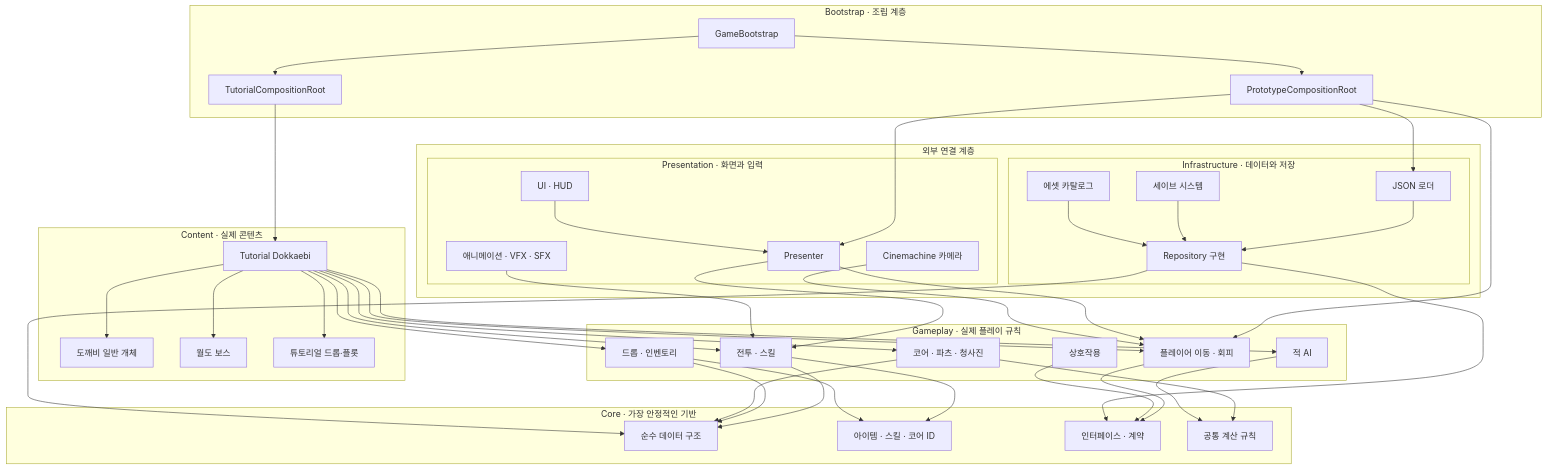
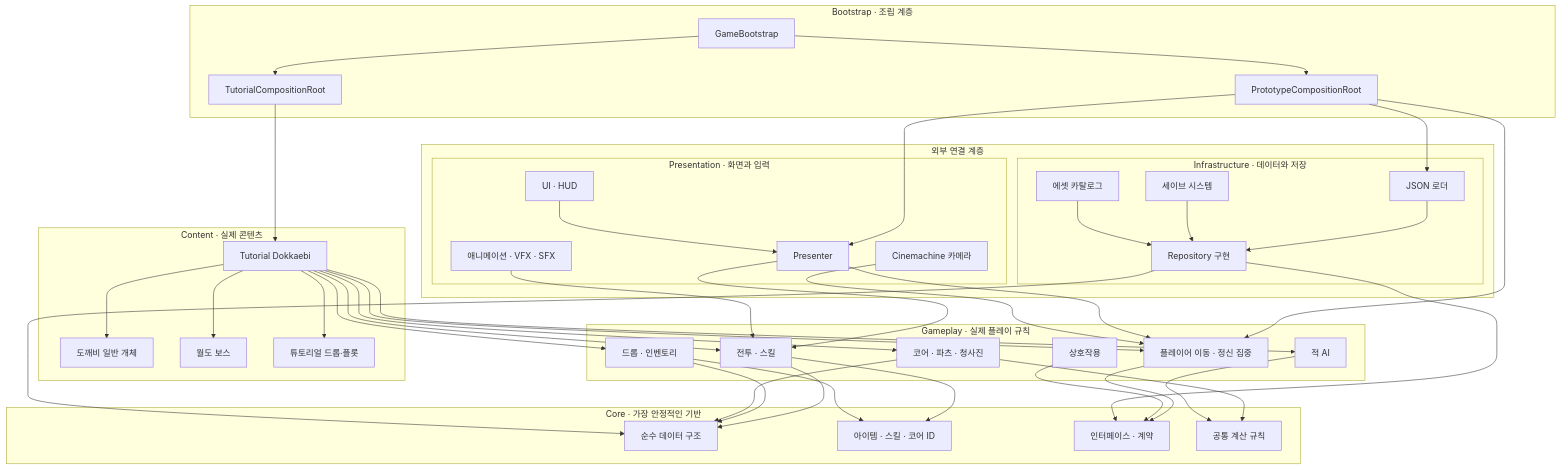
One commit to SongYeChan1024/Document_ERGOSQUARE-ARCHITECT changed the first of 3 diagrams in 03_기술_문서/프로젝트_아키텍처.md. Above: the diagram before and after it, drawn with Mermaid. The commit also changed other lines of this file and 32 other files, not shown here.

```diff
--- a/03_기술_문서/프로젝트_아키텍처.md
+++ b/03_기술_문서/프로젝트_아키텍처.md
@@ -51,7 +51,7 @@
     end
 
     subgraph GAMEPLAY["Gameplay · 실제 플레이 규칙"]
-        PLAYER["플레이어 이동 · 회피"]
+        PLAYER["플레이어 이동 · 정신 집중"]
         COMBAT["전투 · 스킬"]
         INTERACT["상호작용"]
         ITEM["드롭 · 인벤토리"]
```
